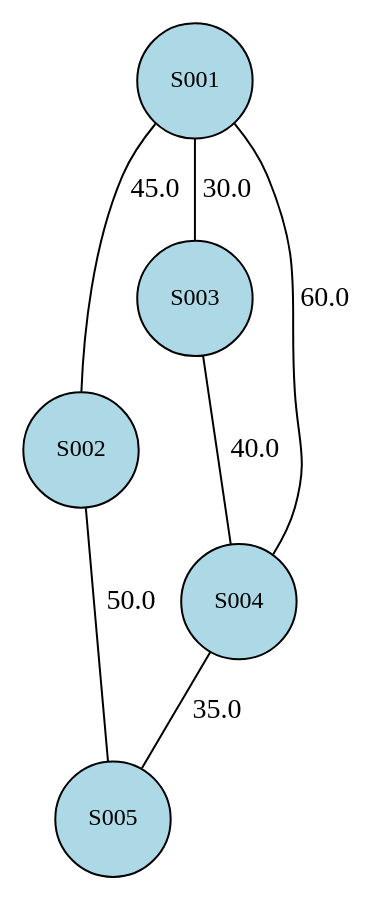
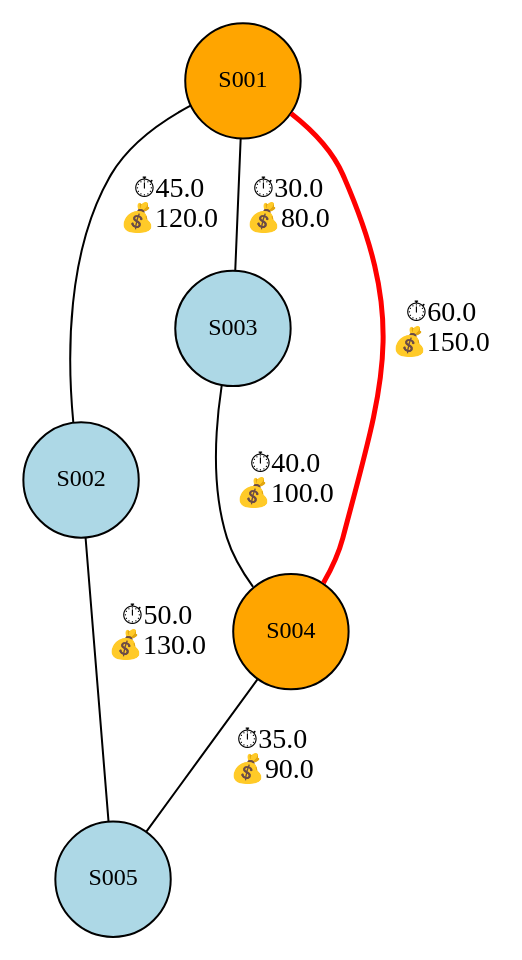
The diagram in Fronted/static/grafo_sucursales.dot (Mynor-M-50/Proyecto_1_Fase_2_EDD_Mynor_Monzon_1S_2026), drawn with Graphviz before and after one commit. The commit also changed 47 other files, not shown here.

```diff
--- a/Fronted/static/grafo_sucursales.dot
+++ b/Fronted/static/grafo_sucursales.dot
@@ -1,15 +1,15 @@
 graph Sucursales {
 	overlap=false splines=true
 	node [fillcolor=lightblue fontsize=12 shape=circle style=filled]
-	S001 [label=S001 fillcolor=lightblue]
+	S001 [label=S001 fillcolor=orange]
 	S002 [label=S002 fillcolor=lightblue]
 	S003 [label=S003 fillcolor=lightblue]
-	S004 [label=S004 fillcolor=lightblue]
+	S004 [label=S004 fillcolor=orange]
 	S005 [label=S005 fillcolor=lightblue]
-	S001 -- S002 [label=45.0]
-	S001 -- S003 [label=30.0]
-	S001 -- S004 [label=60.0]
-	S002 -- S005 [label=50.0]
-	S003 -- S004 [label=40.0]
-	S004 -- S005 [label=35.0]
+	S001 -- S002 [label="⏱45.0\n💰120.0"]
+	S001 -- S003 [label="⏱30.0\n💰80.0"]
+	S001 -- S004 [label="⏱60.0\n💰150.0" color=red penwidth=2.5]
+	S002 -- S005 [label="⏱50.0\n💰130.0"]
+	S003 -- S004 [label="⏱40.0\n💰100.0"]
+	S004 -- S005 [label="⏱35.0\n💰90.0"]
 }
```
